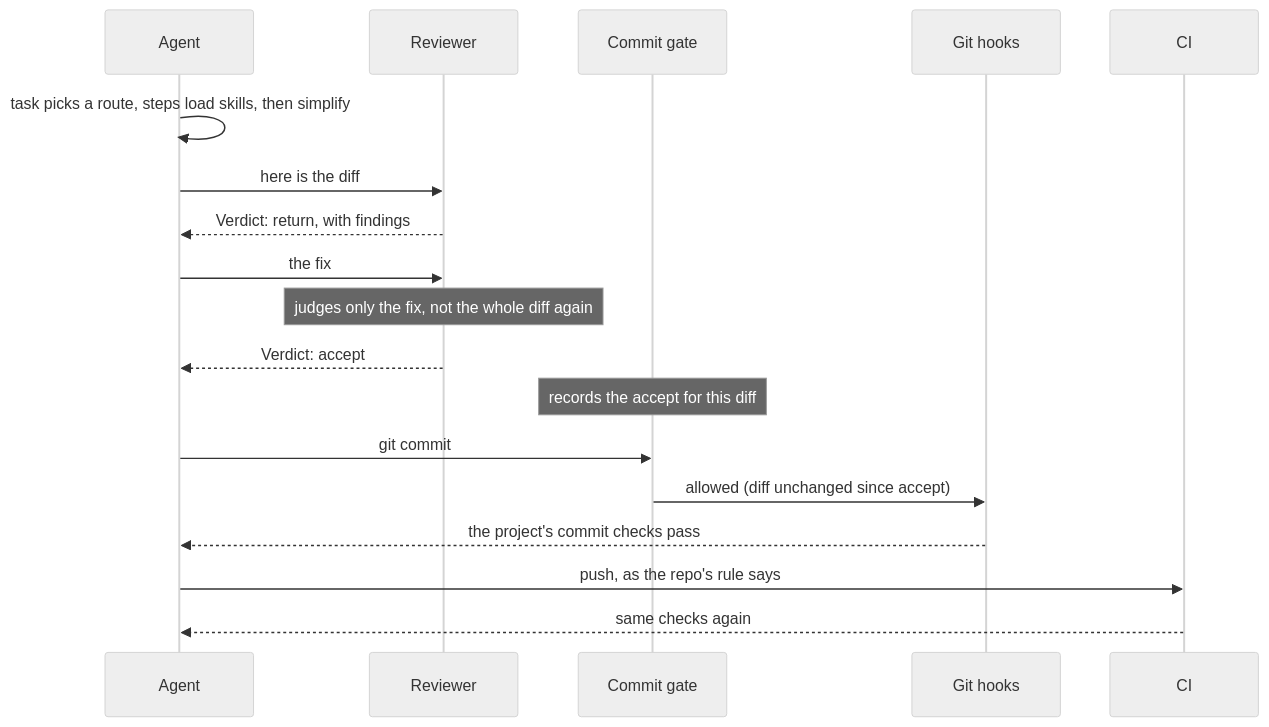
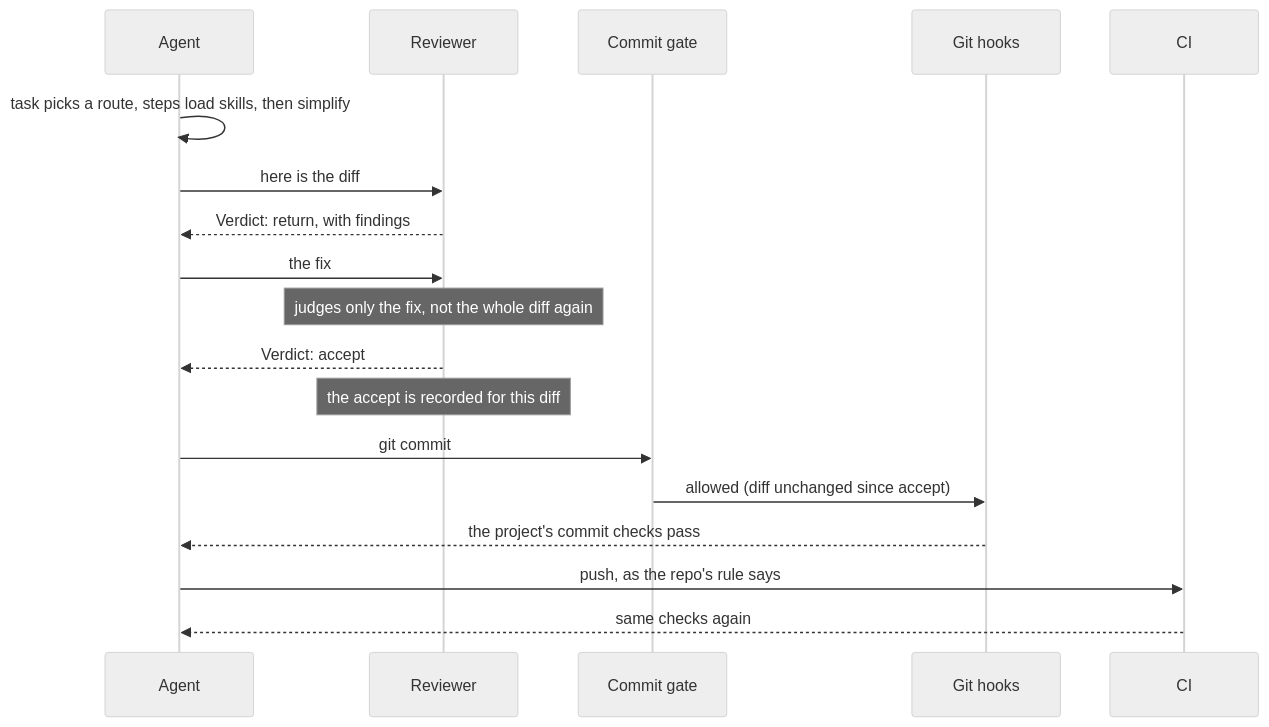
One commit to cniska/agent-skills changed the third of 3 diagrams in README.md. Above: the diagram before and after it, drawn with Mermaid (neutral theme). The commit also changed other lines of this file, not shown here.

Commit message:
docs(readme): fix accept and CI chart labels

````diff
--- a/README.md
+++ b/README.md
@@ -180,20 +180,20 @@
 ```mermaid
 sequenceDiagram
   participant A as Agent
   participant V as Reviewer
   participant P as Commit gate
   participant G as Git hooks
   participant C as CI
   A->>A: task picks a route, steps load skills, then simplify
   A->>V: here is the diff
   V-->>A: Verdict: return, with findings
   A->>V: the fix
   Note over V: judges only the fix, not the whole diff again
   V-->>A: Verdict: accept
-  Note over P: records the accept for this diff
+  Note over V: the accept is recorded for this diff
   A->>P: git commit
   P->>G: allowed (diff unchanged since accept)
   G-->>A: the project's commit checks pass
   A->>C: push, as the repo's rule says
   C-->>A: same checks again
 ```
````
